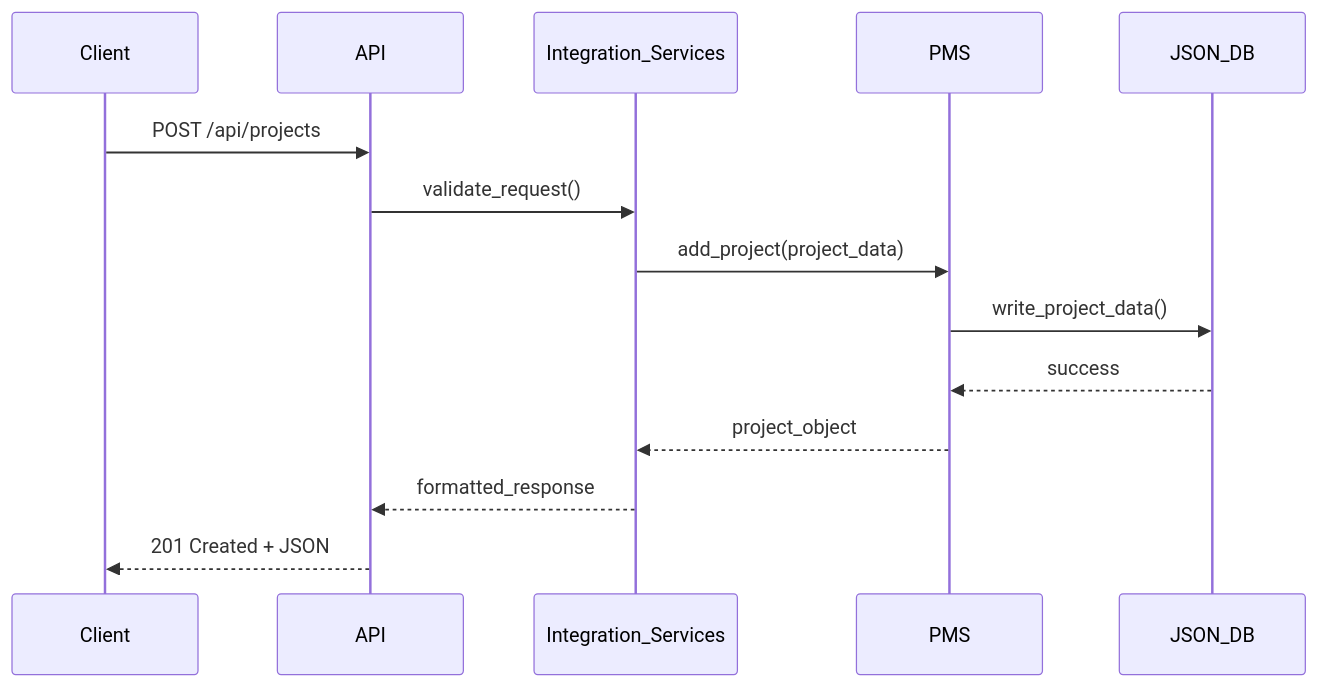
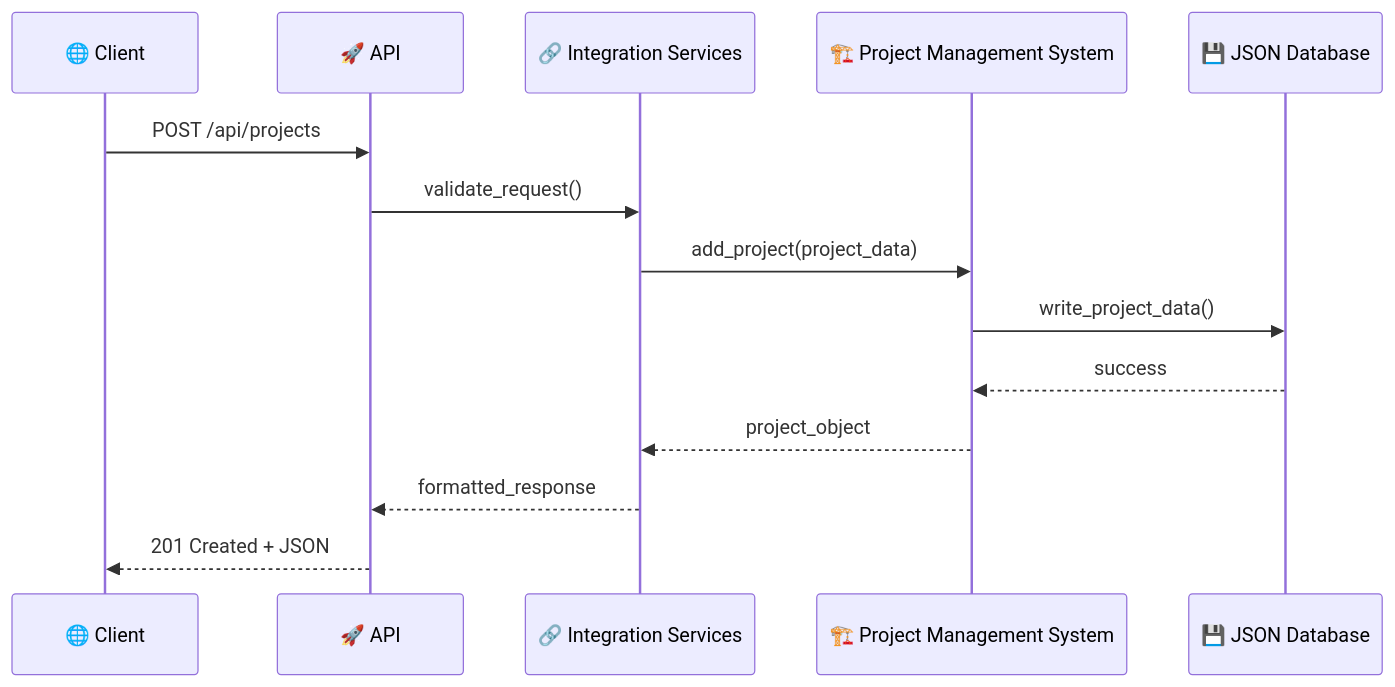
The third of 3 diagrams in Docs/entire_project/architecture/architecture_fa.md (Shakour-Data/AutoProjectManagement), drawn with Mermaid before and after one commit. The commit also changed other lines of this file, not shown here.

Commit message:
`Updated architecture documentation for AutoProjectManagement system`

````diff
--- a/Docs/entire_project/architecture/architecture_fa.md
+++ b/Docs/entire_project/architecture/architecture_fa.md
@@ -240,17 +244,17 @@
 ```mermaid
 sequenceDiagram
-    participant Client
-    participant API
-    participant Integration_Services
-    participant PMS
-    participant JSON_DB
+    participant Client as 🌐 Client
+    participant API as 🚀 API
+    participant Integration_Services as 🔗 Integration Services
+    participant PMS as 🏗️ Project Management System
+    participant JSON_DB as 💾 JSON Database
     
     Client->>API: POST /api/projects
     API->>Integration_Services: validate_request()
     Integration_Services->>PMS: add_project(project_data)
     PMS->>JSON_DB: write_project_data()
     JSON_DB-->>PMS: success
     PMS-->>Integration_Services: project_object
     Integration_Services-->>API: formatted_response
     API-->>Client: 201 Created + JSON
 ```
````
